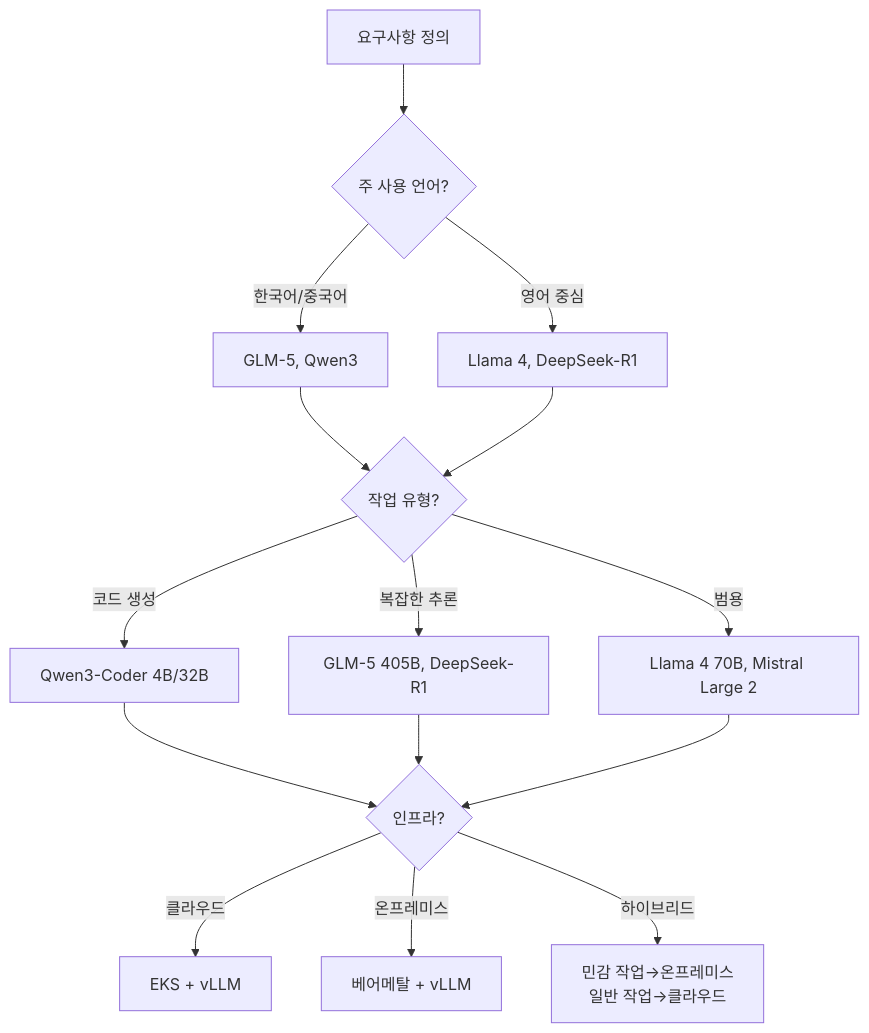
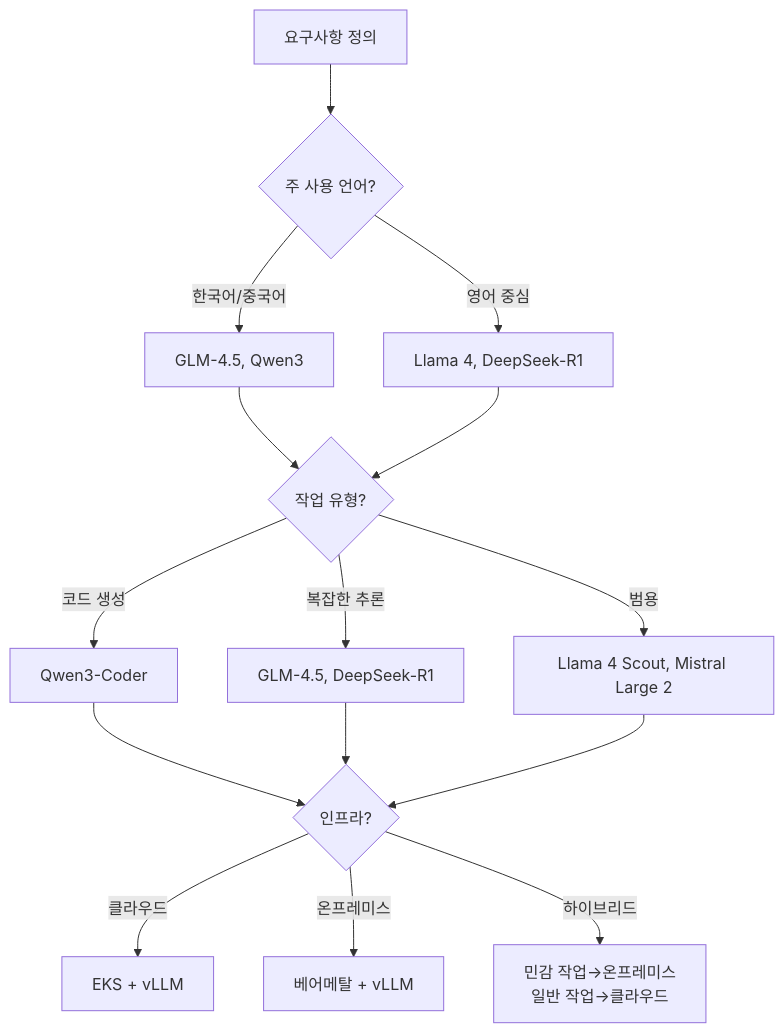
Before and after one commit to devfloor9/engineering-playbook: the second of 4 diagrams in i18n/ko/docusaurus-plugin-content-docs/current/aidlc/toolchain/open-weight-models.md, drawn with Mermaid. The commit also changed other lines of this file and 3 other files, not shown here.

````diff
--- a/i18n/ko/docusaurus-plugin-content-docs/current/aidlc/toolchain/open-weight-models.md
+++ b/i18n/ko/docusaurus-plugin-content-docs/current/aidlc/toolchain/open-weight-models.md
@@ -70,17 +70,17 @@
 ```mermaid
 graph TD
     A[요구사항 정의] --> B{주 사용 언어?}
-    B -->|한국어/중국어| C[GLM-5, Qwen3]
+    B -->|한국어/중국어| C[GLM-4.5, Qwen3]
     B -->|영어 중심| D[Llama 4, DeepSeek-R1]
     C --> E{작업 유형?}
     D --> E
-    E -->|코드 생성| F[Qwen3-Coder 4B/32B]
-    E -->|복잡한 추론| G[GLM-5 405B, DeepSeek-R1]
-    E -->|범용| H[Llama 4 70B, Mistral Large 2]
+    E -->|코드 생성| F[Qwen3-Coder]
+    E -->|복잡한 추론| G[GLM-4.5, DeepSeek-R1]
+    E -->|범용| H[Llama 4 Scout, Mistral Large 2]
     F --> I{인프라?}
     G --> I
     H --> I
     I -->|클라우드| J[EKS + vLLM]
     I -->|온프레미스| K[베어메탈 + vLLM]
     I -->|하이브리드| L[민감 작업→온프레미스<br/>일반 작업→클라우드]
 ```
````
